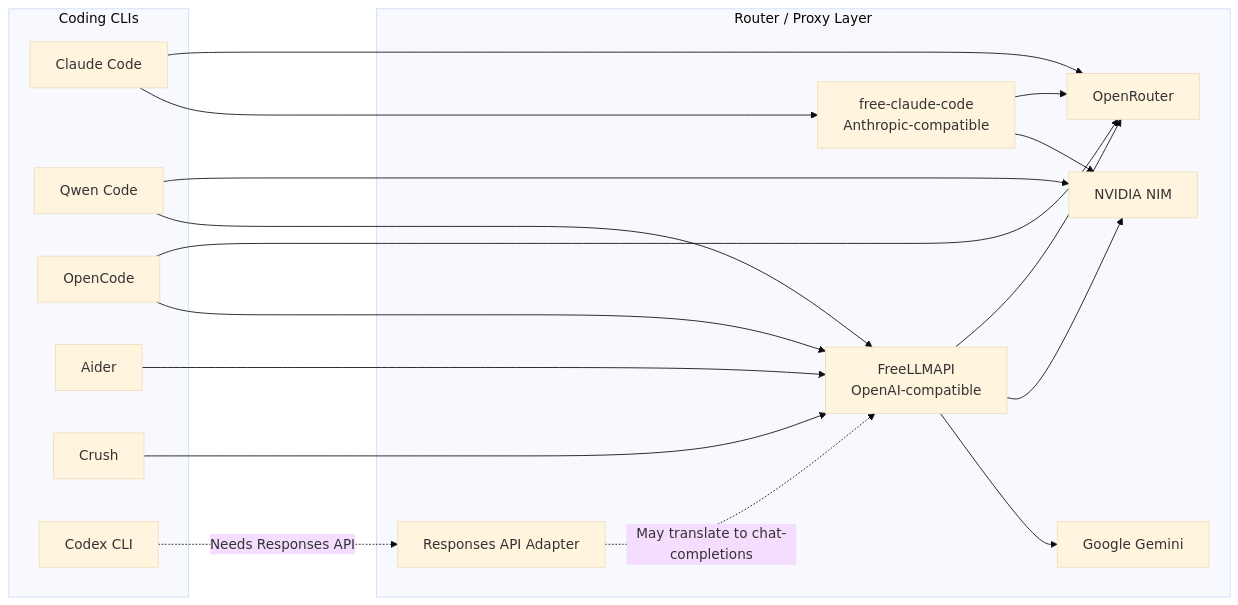
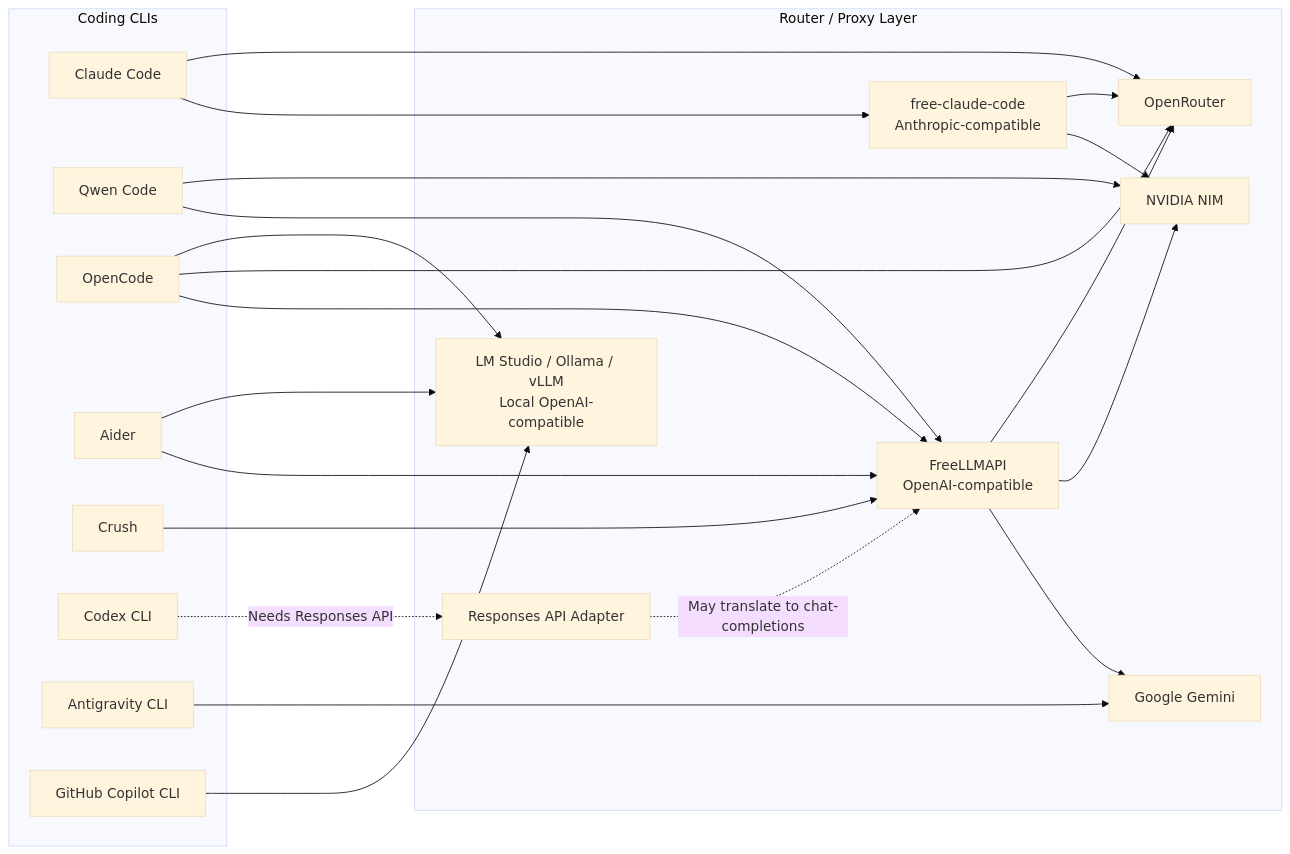
Before and after one commit to vandang890615/ai-cli-free-router-guide: the diagram in assets/tool-map.md, drawn with Mermaid (base theme). The commit also changed 3 other files, not shown here.

````diff
--- a/assets/tool-map.md
+++ b/assets/tool-map.md
@@ -3,36 +3,43 @@
 ```mermaid
 flowchart LR
   subgraph CLI["Coding CLIs"]
     Claude["Claude Code"]
     Qwen["Qwen Code"]
     OpenCode["OpenCode"]
     Aider["Aider"]
     Crush["Crush"]
     Codex["Codex CLI"]
+    AGY["Antigravity CLI"]
+    Copilot["GitHub Copilot CLI"]
   end
 
   subgraph Proxy["Router / Proxy Layer"]
     FCC["free-claude-code<br/>Anthropic-compatible"]
     FLA["FreeLLMAPI<br/>OpenAI-compatible"]
     OR["OpenRouter"]
     NIM["NVIDIA NIM"]
     Gemini["Google Gemini"]
     Resp["Responses API Adapter"]
+    Local["LM Studio / Ollama / vLLM<br/>Local OpenAI-compatible"]
   end
 
   Claude --> FCC
   Claude --> OR
   Qwen --> FLA
   OpenCode --> FLA
   Aider --> FLA
   Crush --> FLA
   Qwen --> NIM
   OpenCode --> OR
   FLA --> Gemini
   FLA --> NIM
   FLA --> OR
   FCC --> NIM
   FCC --> OR
   Codex -. "Needs Responses API" .-> Resp
   Resp -. "May translate to chat-completions" .-> FLA
+  AGY --> Gemini
+  Copilot --> Local
+  OpenCode --> Local
+  Aider --> Local
 ```
````
